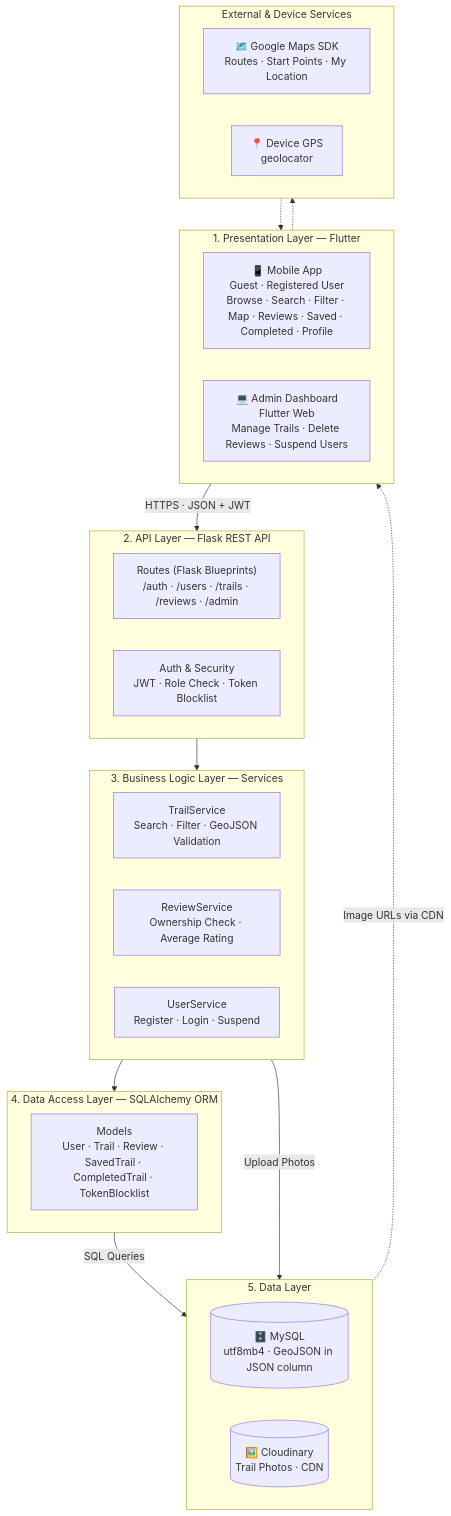
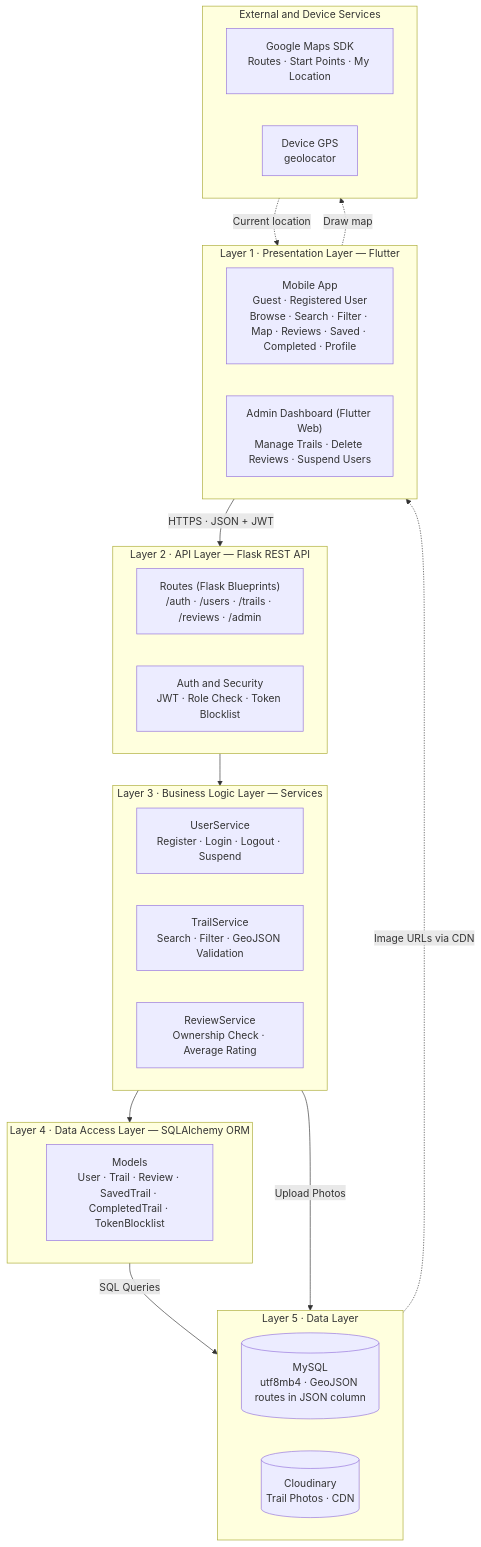
The diagram in sos/README.md (SarahAlkhubaizy/try), drawn with Mermaid before and after one commit. The commit also changed other lines of this file, not shown here.

First line of the commit message:
Document system architecture for Qimmah app

````diff
--- a/sos/README.md
+++ b/sos/README.md
@@ -494,46 +504,46 @@
 ```mermaid
 flowchart TB
-    subgraph L1["1. Presentation Layer — Flutter"]
+    subgraph L1["Layer 1 · Presentation Layer — Flutter"]
         direction LR
-        APP["📱 Mobile App<br/>Guest · Registered User<br/>Browse · Search · Filter · Map · Reviews · Saved · Completed · Profile"]
-        ADMIN["💻 Admin Dashboard<br/>Flutter Web<br/>Manage Trails · Delete Reviews · Suspend Users"]
+        APP["Mobile App<br/>Guest · Registered User<br/>Browse · Search · Filter · Map · Reviews · Saved · Completed · Profile"]
+        ADMIN["Admin Dashboard (Flutter Web)<br/>Manage Trails · Delete Reviews · Suspend Users"]
     end
 
-    subgraph L2["2. API Layer — Flask REST API"]
+    subgraph L2["Layer 2 · API Layer — Flask REST API"]
         direction LR
         ROUTES["Routes (Flask Blueprints)<br/>/auth · /users · /trails · /reviews · /admin"]
-        AUTH["Auth & Security<br/>JWT · Role Check · Token Blocklist"]
+        SEC["Auth and Security<br/>JWT · Role Check · Token Blocklist"]
     end
 
-    subgraph L3["3. Business Logic Layer — Services"]
+    subgraph L3["Layer 3 · Business Logic Layer — Services"]
         direction LR
+        US["UserService<br/>Register · Login · Logout · Suspend"]
         TS["TrailService<br/>Search · Filter · GeoJSON Validation"]
         RS["ReviewService<br/>Ownership Check · Average Rating"]
-        US["UserService<br/>Register · Login · Suspend"]
     end
 
-    subgraph L4["4. Data Access Layer — SQLAlchemy ORM"]
+    subgraph L4["Layer 4 · Data Access Layer — SQLAlchemy ORM"]
         MODELS["Models<br/>User · Trail · Review · SavedTrail · CompletedTrail · TokenBlocklist"]
     end
 
-    subgraph L5["5. Data Layer"]
+    subgraph L5["Layer 5 · Data Layer"]
         direction LR
-        DB[("🗄️ MySQL<br/>utf8mb4 · GeoJSON in JSON column")]
-        CLOUD[("🖼️ Cloudinary<br/>Trail Photos · CDN")]
+        DB[("MySQL<br/>utf8mb4 · GeoJSON routes in JSON column")]
+        CLOUD[("Cloudinary<br/>Trail Photos · CDN")]
     end
 
-    subgraph EXT["External & Device Services"]
+    subgraph EXT["External and Device Services"]
         direction LR
-        MAPS["🗺️ Google Maps SDK<br/>Routes · Start Points · My Location"]
-        GPS["📍 Device GPS<br/>geolocator"]
+        MAPS["Google Maps SDK<br/>Routes · Start Points · My Location"]
+        GPS["Device GPS<br/>geolocator"]
     end
 
-    L1 -->|"HTTPS · JSON + JWT"| L2
+    L1 -->|HTTPS · JSON + JWT| L2
     L2 --> L3
     L3 --> L4
-    L4 -->|"SQL Queries"| DB
-    L3 -->|"Upload Photos"| CLOUD
-    CLOUD -.->|"Image URLs via CDN"| APP
-    APP -.-> MAPS
-    GPS -.-> APP
+    L4 -->|SQL Queries| DB
+    L3 -->|Upload Photos| CLOUD
+    CLOUD -.->|Image URLs via CDN| APP
+    APP -.->|Draw map| MAPS
+    GPS -.->|Current location| APP
 ```
````
